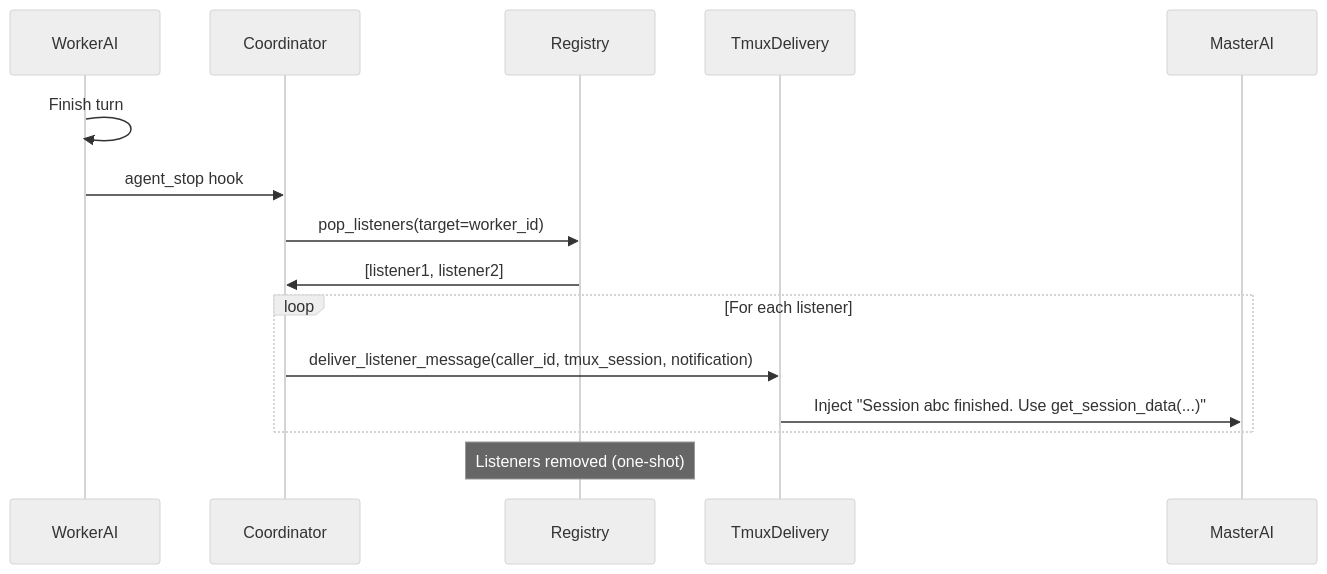
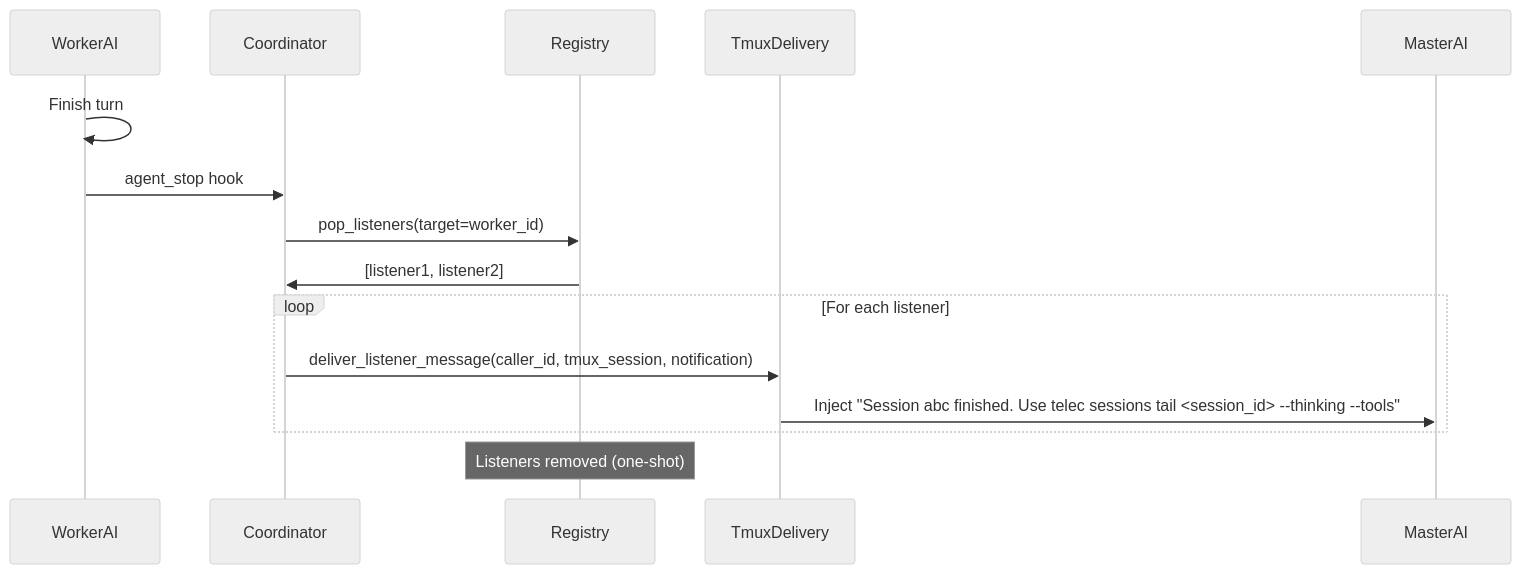
The second of 4 diagrams in docs/project/design/architecture/session-listeners.md (InstruktAI/TeleClaude), drawn with Mermaid (neutral theme) before and after one commit. The commit also changed other lines of this file and 149 other files, not shown here.

````diff
--- a/docs/project/design/architecture/session-listeners.md
+++ b/docs/project/design/architecture/session-listeners.md
@@ -72,18 +72,18 @@
 ```mermaid
 sequenceDiagram
     participant WorkerAI
     participant Coordinator
     participant Registry
     participant TmuxDelivery
     participant MasterAI
 
     WorkerAI->>WorkerAI: Finish turn
     WorkerAI->>Coordinator: agent_stop hook
     Coordinator->>Registry: pop_listeners(target=worker_id)
     Registry->>Coordinator: [listener1, listener2]
     loop For each listener
         Coordinator->>TmuxDelivery: deliver_listener_message(caller_id, tmux_session, notification)
-        TmuxDelivery->>MasterAI: Inject "Session abc finished. Use get_session_data(...)"
+        TmuxDelivery->>MasterAI: Inject "Session abc finished. Use telec sessions tail <session_id> --thinking --tools"
     end
     Note over Registry: Listeners removed (one-shot)
 ```
````
